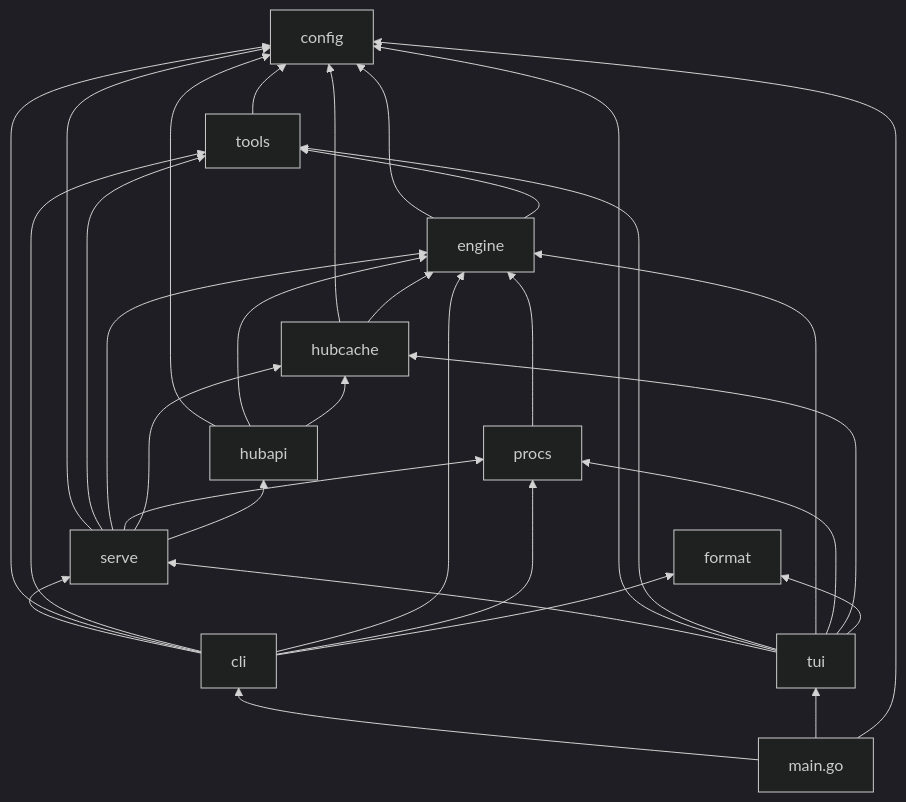
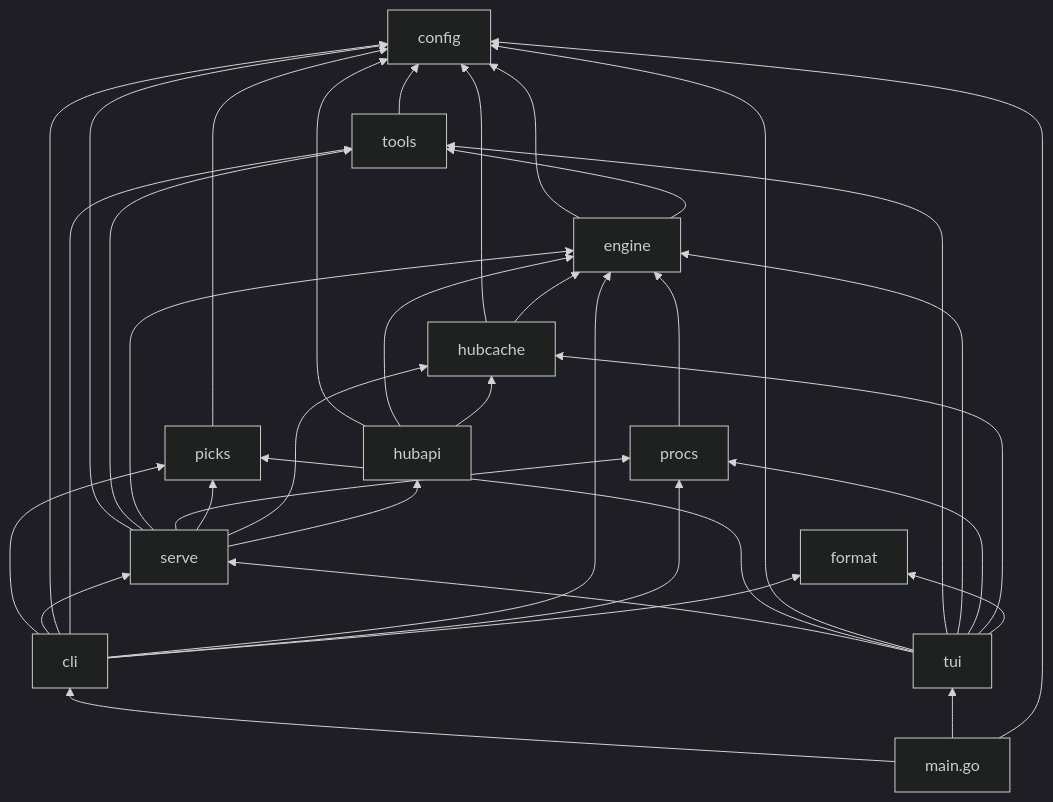
Before and after one commit to acdtrx/cria: the first of 2 diagrams in docs/ARCHITECTURE.md, drawn with Mermaid (dark theme). The commit also changed other lines of this file and 6 other files, not shown here.

````diff
--- a/docs/ARCHITECTURE.md
+++ b/docs/ARCHITECTURE.md
@@ -58,50 +74,55 @@
 ```mermaid
 graph BT
     config[config]
     format[format]
     procs[procs]
     tools[tools]
     engine[engine]
+    picks[picks]
     hubcache[hubcache]
     hubapi[hubapi]
     serve[serve]
     cli[cli]
     tui[tui]
     main["main.go"]
 
     tools --> config
     engine --> config
     engine --> tools
     procs --> engine
     hubcache --> config
     hubcache --> engine
     hubapi --> config
     hubapi --> engine
     hubapi --> hubcache
+    picks --> config
 
     serve --> config
     serve --> tools
     serve --> engine
     serve --> procs
+    serve --> picks
     serve --> hubcache
     serve --> hubapi
 
+    cli --> picks
     cli --> serve
     cli --> config
     cli --> tools
     cli --> engine
     cli --> procs
     cli --> format
 
     tui --> serve
+    tui --> picks
     tui --> config
     tui --> tools
     tui --> engine
     tui --> procs
     tui --> hubcache
     tui --> format
 
     main --> cli
     main --> tui
     main --> config
 ```
````
